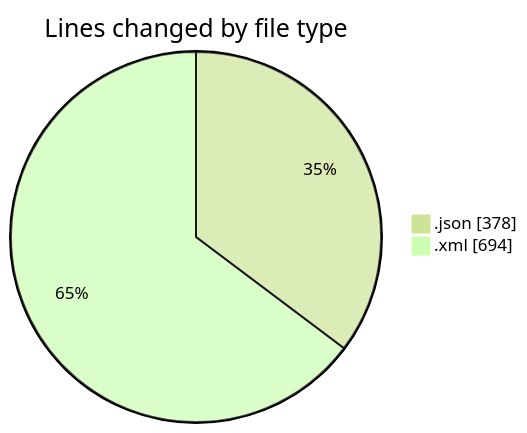
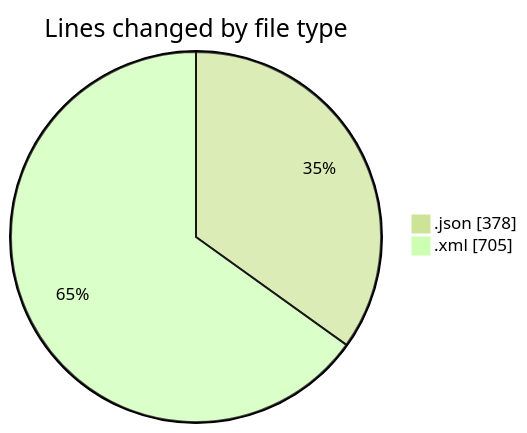
One commit to charlie-sans/code-tracking changed the first of 2 diagrams in 2025-02-23/masm/README.md. Above: the diagram before and after it, drawn with Mermaid (forest theme). The commit also changed other lines of this file and 1 other file, not shown here.

````diff
--- a/2025-02-23/masm/README.md
+++ b/2025-02-23/masm/README.md
@@ -21,6 +21,6 @@
 ```mermaid
 pie showData
 title Lines changed by file type
 ".json" : 378
-".xml" : 694
+".xml" : 705
 ```
````
